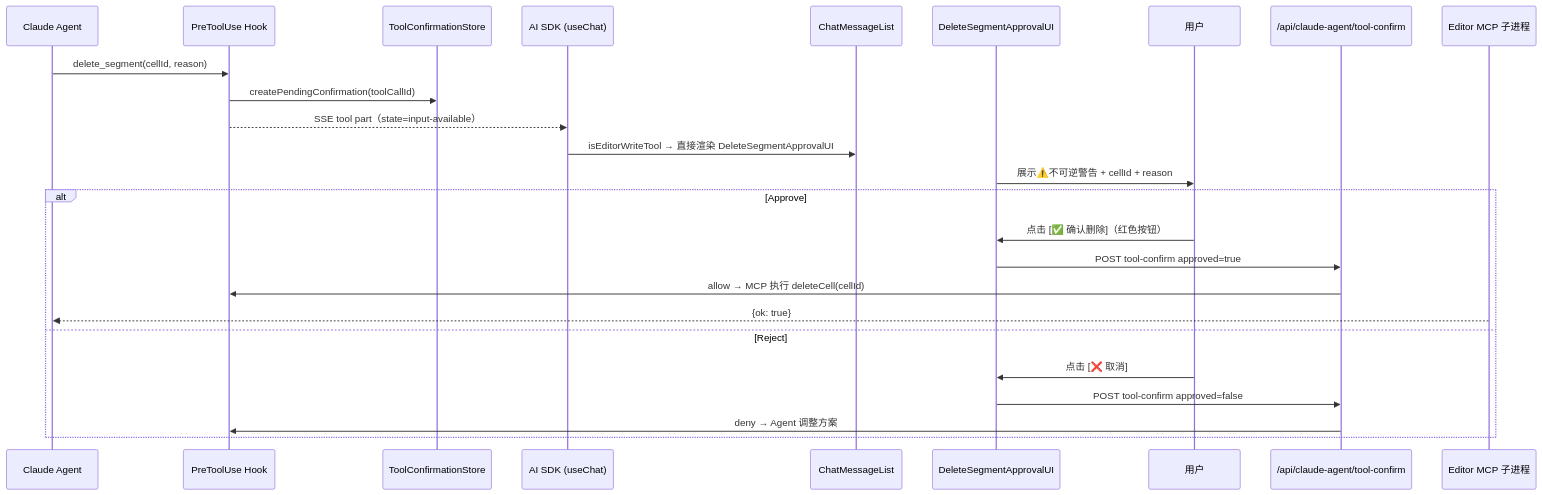
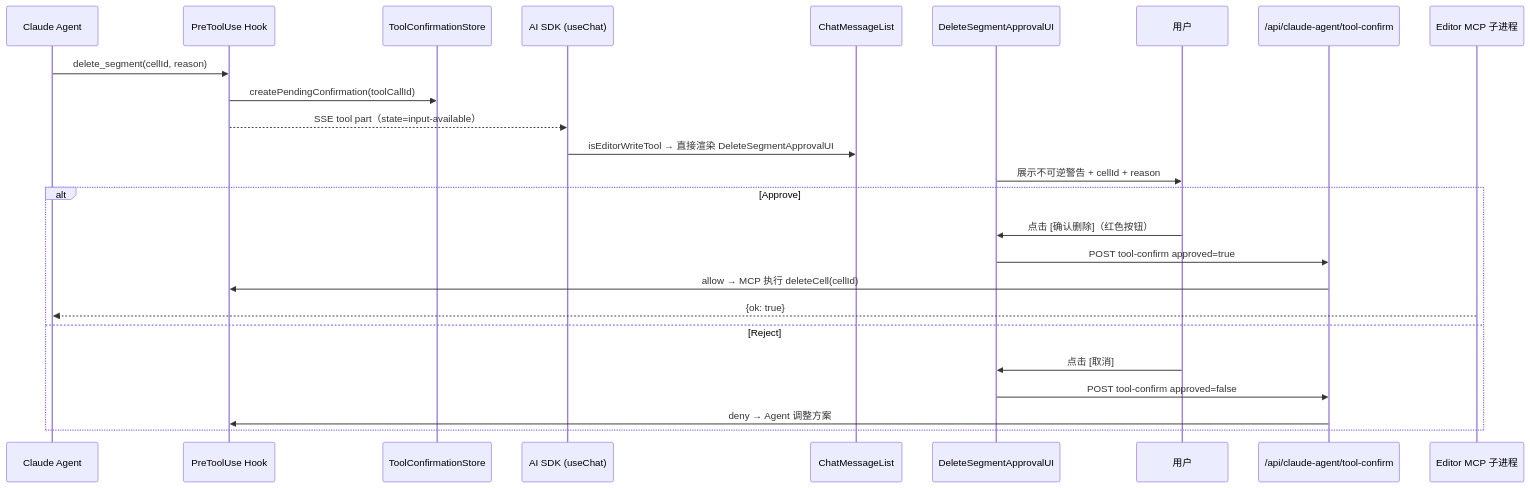
One commit to glide-the/im-dream changed the second of 5 diagrams in docs/design/claude-agent/edit-point/human-agent-collab.md. Above: the diagram before and after it, drawn with Mermaid. The commit also changed other lines of this file and 34 other files, not shown here.

````diff
--- a/docs/design/claude-agent/edit-point/human-agent-collab.md
+++ b/docs/design/claude-agent/edit-point/human-agent-collab.md
@@ -444,29 +536,29 @@
 ```mermaid
 sequenceDiagram
     participant Agent as Claude Agent
     participant Hook as PreToolUse Hook
     participant Store as ToolConfirmationStore
     participant SDK as AI SDK (useChat)
     participant List as ChatMessageList
     participant UI as DeleteSegmentApprovalUI
     participant Human as 用户
     participant API as /api/claude-agent/tool-confirm
     participant MCP as Editor MCP 子进程
 
     Agent->>Hook: delete_segment(cellId, reason)
     Hook->>Store: createPendingConfirmation(toolCallId)
     Hook-->>SDK: SSE tool part（state=input-available）
     SDK->>List: isEditorWriteTool → 直接渲染 DeleteSegmentApprovalUI
-    UI->>Human: 展示⚠️不可逆警告 + cellId + reason
+    UI->>Human: 展示不可逆警告 + cellId + reason
 
     alt Approve
-        Human->>UI: 点击 [✅ 确认删除]（红色按钮）
+        Human->>UI: 点击 [确认删除]（红色按钮）
         UI->>API: POST tool-confirm approved=true
         API->>Hook: allow → MCP 执行 deleteCell(cellId)
         MCP-->>Agent: {ok: true}
     else Reject
-        Human->>UI: 点击 [❌ 取消]
+        Human->>UI: 点击 [取消]
         UI->>API: POST tool-confirm approved=false
         API->>Hook: deny → Agent 调整方案
     end
 ```
````
